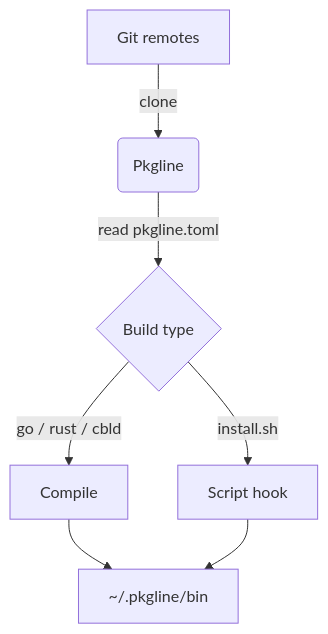
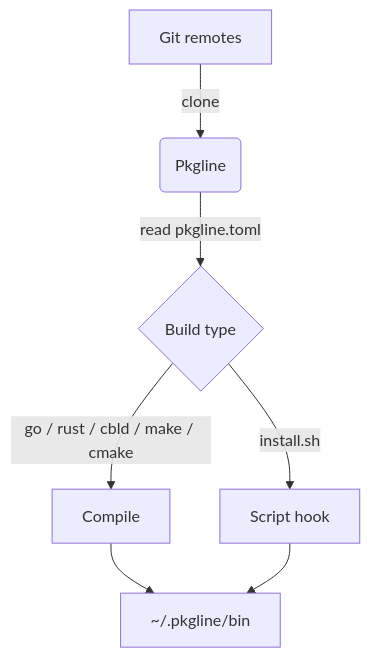
One commit to iamvxrn/pkgline changed the diagram in website/docs/overview.md. Above: the diagram before and after it, drawn with Mermaid. The commit also changed other lines of this file and 19 other files, not shown here.

Commit message:
Add forge prefixes, --json output, and Make/CMake builds.

````diff
--- a/website/docs/overview.md
+++ b/website/docs/overview.md
@@ -14,9 +14,9 @@
 ```mermaid
 graph TD
     A[Git remotes] -->|clone| B(Pkgline)
     B -->|read pkgline.toml| C{Build type}
-    C -->|go / rust / cbld| D[Compile]
+    C -->|go / rust / cbld / make / cmake| D[Compile]
     C -->|install.sh| E[Script hook]
     D --> F[~/.pkgline/bin]
     E --> F
 ```
````
